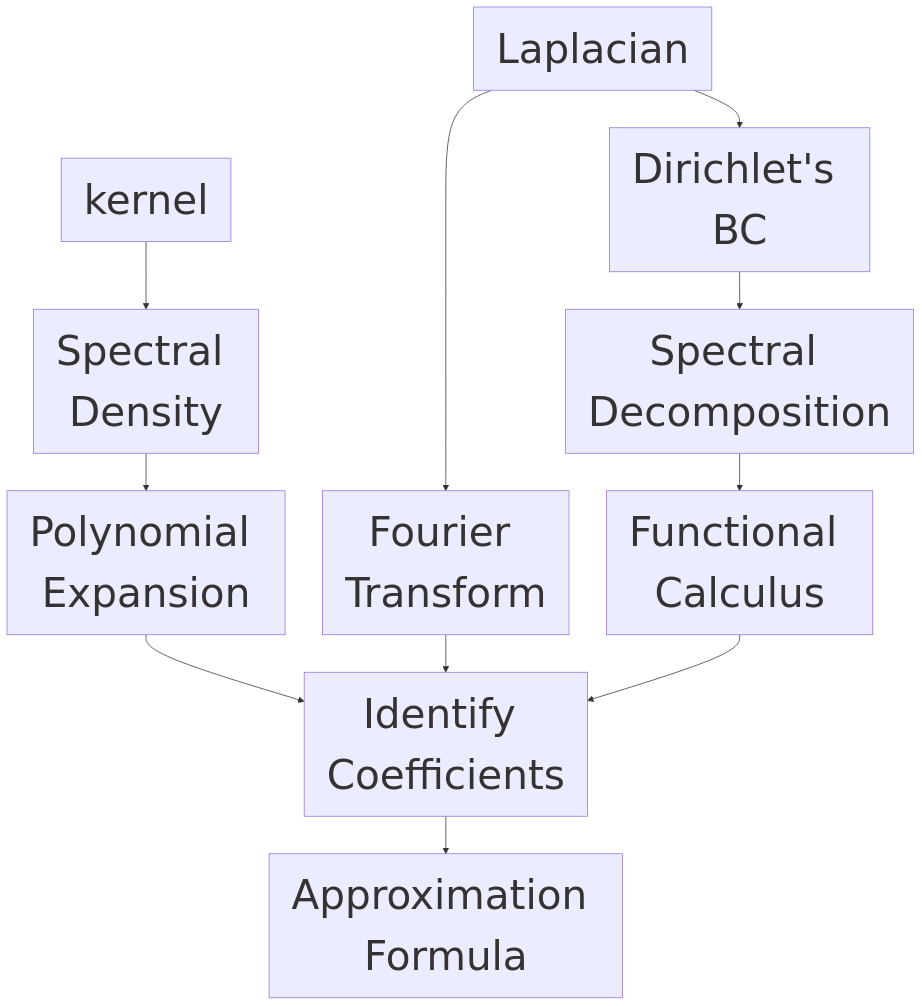
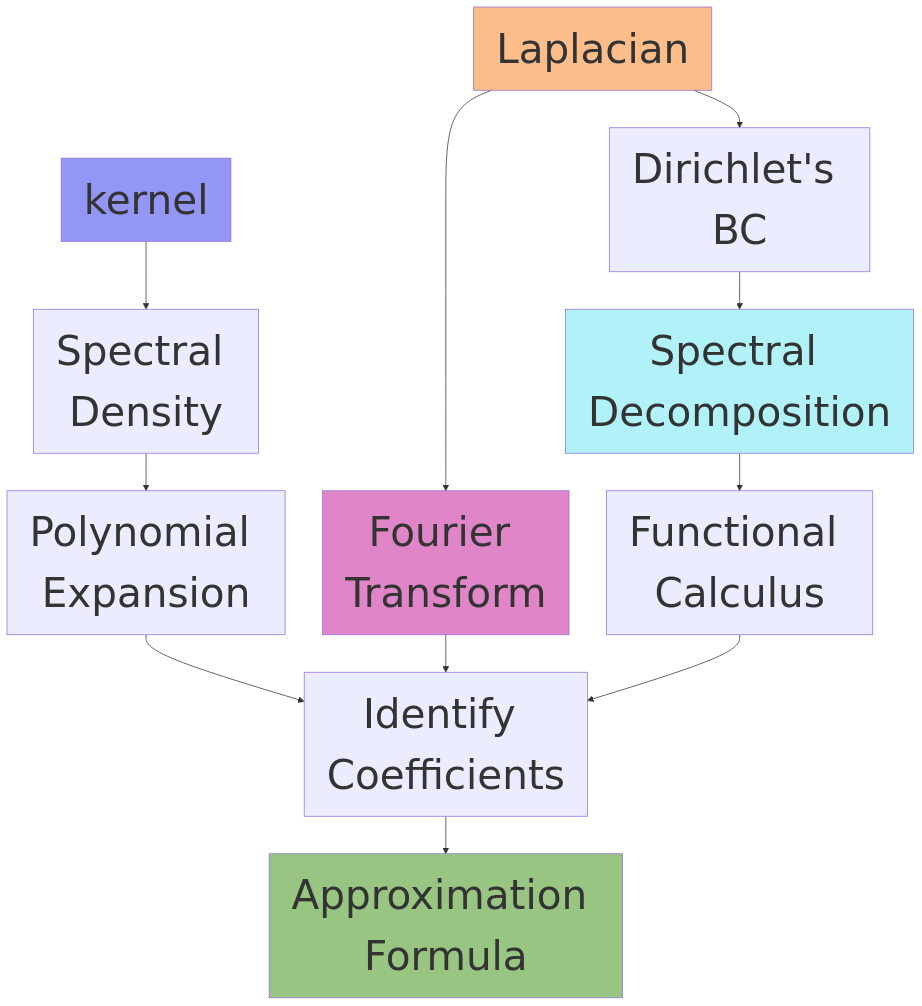
The first of 2 diagrams in Presentations/pydata_2024/hsgp_intro.qmd (juanitorduz/website_projects), drawn with Mermaid before and after one commit. The commit also changed other lines of this file and 1 other file, not shown here.

````diff
--- a/Presentations/pydata_2024/hsgp_intro.qmd
+++ b/Presentations/pydata_2024/hsgp_intro.qmd
@@ -273,17 +273,23 @@
 ```{mermaid}
 %%| fig-height: 2
 %%| fig-width: 10
 %%| fig-align: "center"
 %%{init: {"theme": "white", "themeVariables": {"fontSize": "54px"}, "flowchart":{"htmlLabels": false}}}%%
 flowchart TD
-  kernel["kernel"] --> spectral_sensity["Spectral Density"]
-  spectral_sensity --> polynomial["Polynomial Expansion"]
+  kernel["kernel"] --> spectral_density["Spectral Density"]
+  spectral_density --> polynomial["Polynomial Expansion"]
   laplacian["Laplacian"] --> fourier["Fourier Transform"]
   laplacian --> dirichlet["Dirichlet's BC"]
   dirichlet --> spectral_decomposition["Spectral Decomposition"]
   spectral_decomposition["Spectral Decomposition"] --> functional["Functional Calculus"]
   polynomial --> identify_coefficients["Identify Coefficients"]
   fourier --> identify_coefficients
   functional --> identify_coefficients
   identify_coefficients --> approximation["Approximation Formula"]
+
+style kernel fill:#2a2eec80
+style laplacian fill:#fa7c1780
+style approximation fill:#328c0680
+style fourier fill:#c10c9080
+style spectral_decomposition fill:#65e5f380
 ```
````
